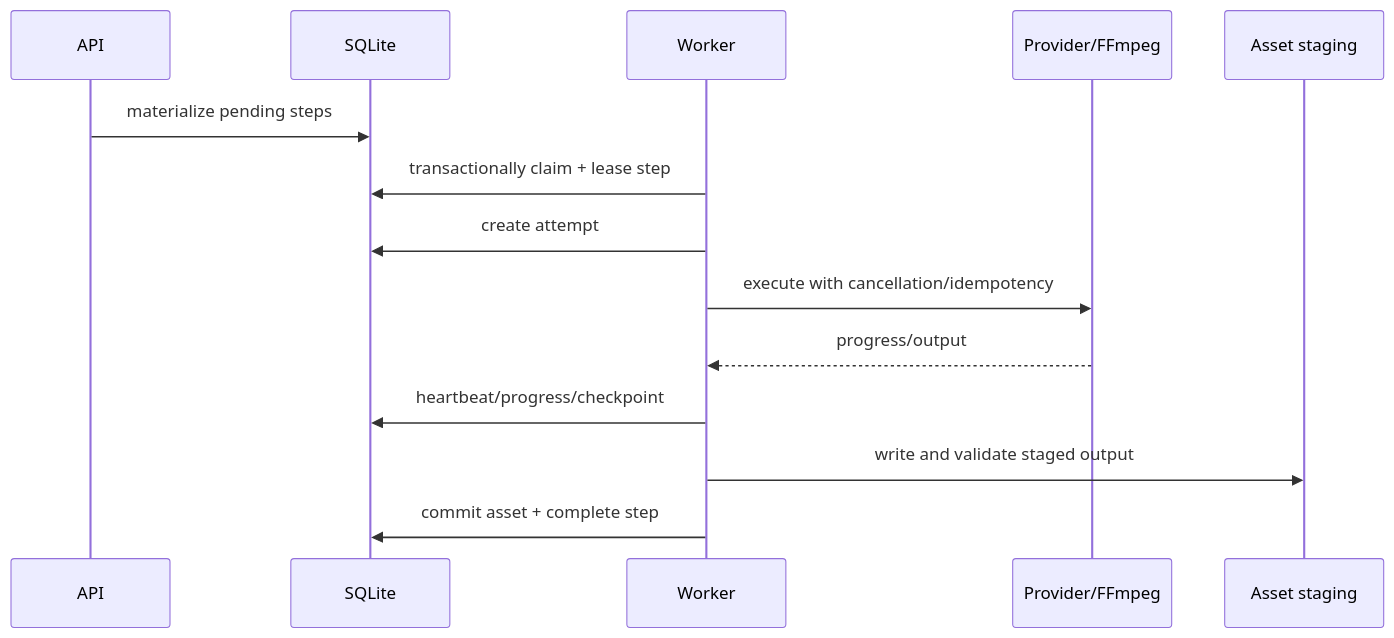
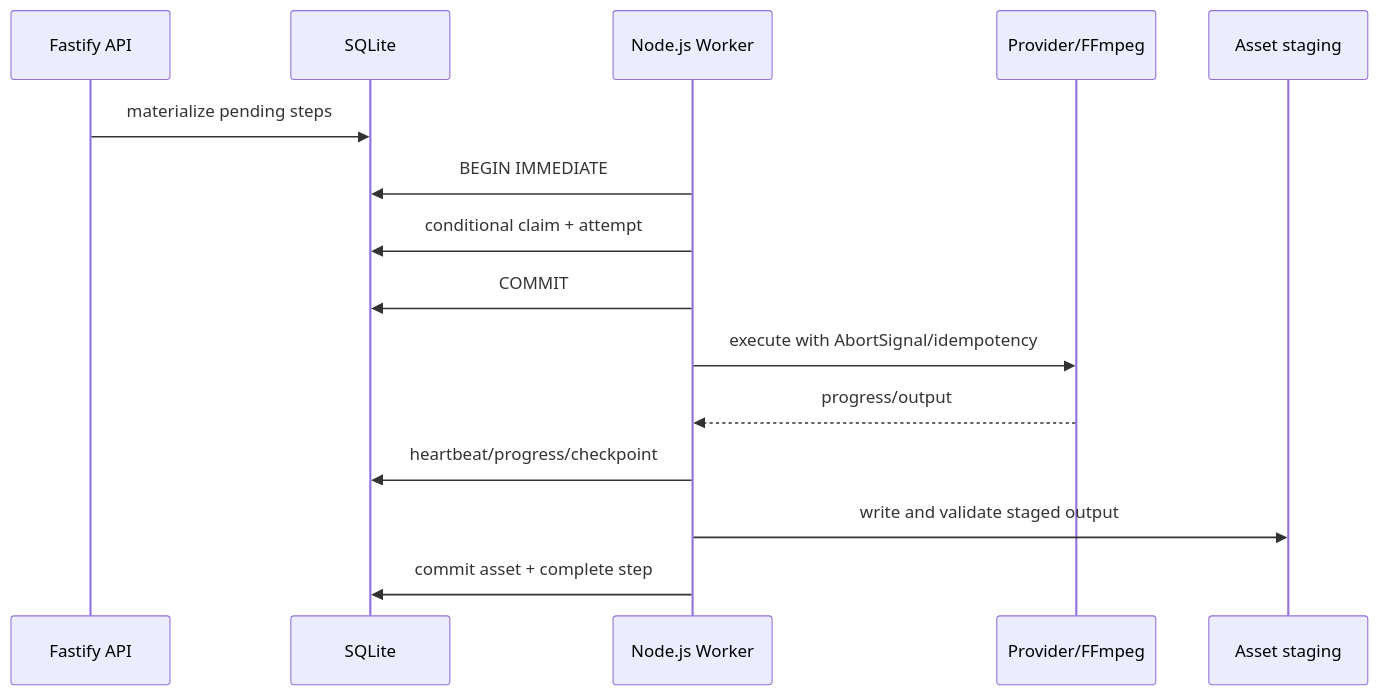
One commit to anhth2808/at-ai-story-studio changed the diagram in docs/design-v1/11-background-jobs.md. Above: the diagram before and after it, drawn with Mermaid. The commit also changed other lines of this file and 14 other files, not shown here.

Commit message:
docs: adopt TypeScript-first V1 architecture

````diff
--- a/docs/design-v1/11-background-jobs.md
+++ b/docs/design-v1/11-background-jobs.md
@@ -9,16 +11,17 @@
 ```mermaid
 sequenceDiagram
-  participant API
+  participant API as Fastify API
   participant DB as SQLite
-  participant W as Worker
+  participant W as Node.js Worker
   participant P as Provider/FFmpeg
   participant FS as Asset staging
   API->>DB: materialize pending steps
-  W->>DB: transactionally claim + lease step
-  W->>DB: create attempt
-  W->>P: execute with cancellation/idempotency
+  W->>DB: BEGIN IMMEDIATE
+  W->>DB: conditional claim + attempt
+  W->>DB: COMMIT
+  W->>P: execute with AbortSignal/idempotency
   P-->>W: progress/output
   W->>DB: heartbeat/progress/checkpoint
   W->>FS: write and validate staged output
   W->>DB: commit asset + complete step
 ```
````
